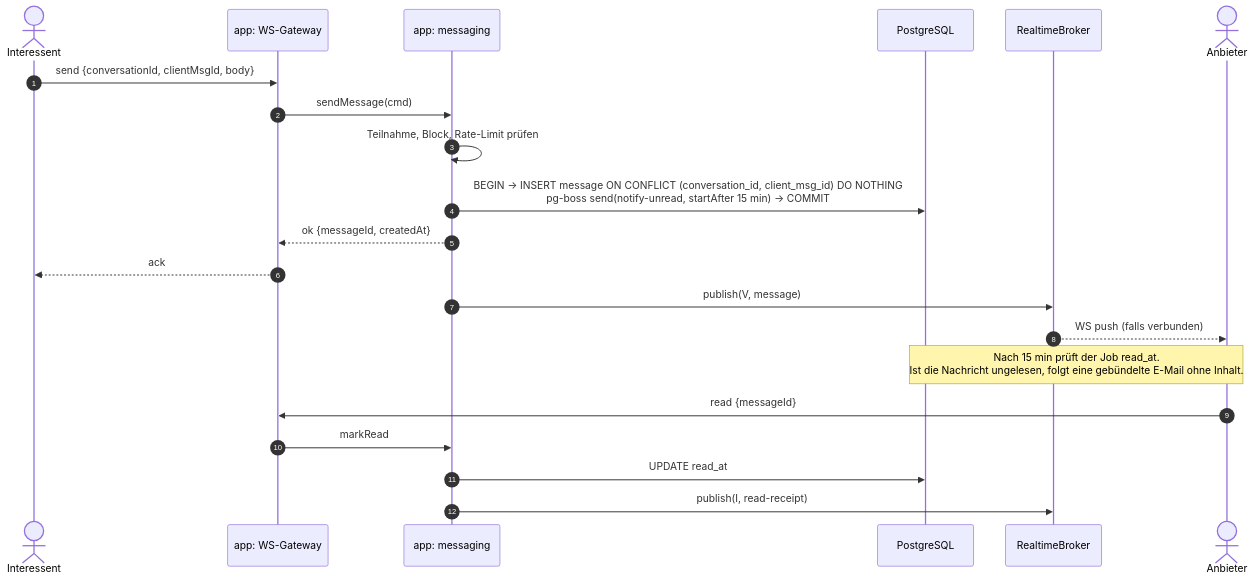
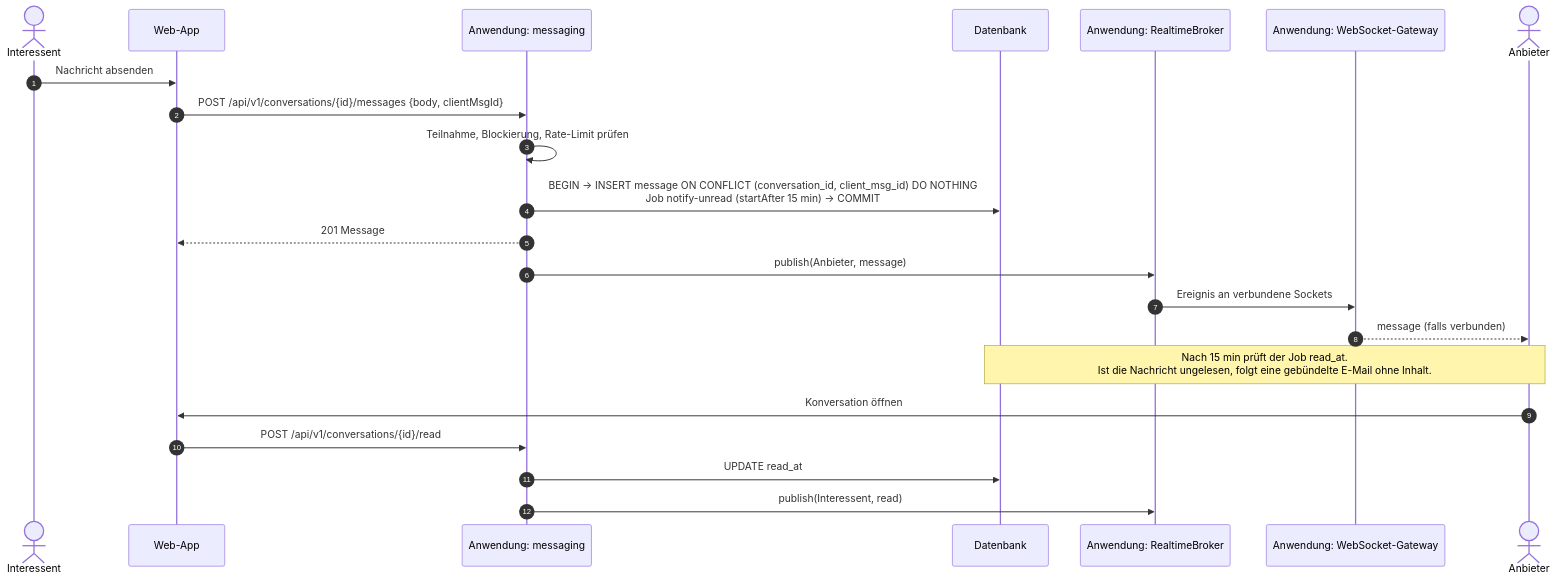
Before and after one commit to CaRo10Robert/SWeng_projekt2026: the ninth of 13 diagrams in docs/03-architektur/architektur.md, drawn with Mermaid. The commit also changed other lines of this file and 20 other files, not shown here.

````diff
--- a/docs/03-architektur/architektur.md
+++ b/docs/03-architektur/architektur.md
@@ -427,24 +568,25 @@
 ```mermaid
 sequenceDiagram
     autonumber
     actor I as Interessent
-    participant WS as app: WS-Gateway
-    participant MSG as app: messaging
-    participant DB as PostgreSQL
-    participant RB as RealtimeBroker
+    participant SPA as Web-App
+    participant MSG as Anwendung: messaging
+    participant DB as Datenbank
+    participant RB as Anwendung: RealtimeBroker
+    participant WS as Anwendung: WebSocket-Gateway
     actor V as Anbieter
 
-    I->>WS: send {conversationId, clientMsgId, body}
-    WS->>MSG: sendMessage(cmd)
-    MSG->>MSG: Teilnahme, Block, Rate-Limit prüfen
-    MSG->>DB: BEGIN → INSERT message ON CONFLICT (conversation_id, client_msg_id) DO NOTHING<br/>pg-boss send(notify-unread, startAfter 15 min) → COMMIT
-    MSG-->>WS: ok {messageId, createdAt}
-    WS-->>I: ack
-    MSG->>RB: publish(V, message)
-    RB-->>V: WS push (falls verbunden)
+    I->>SPA: Nachricht absenden
+    SPA->>MSG: POST /api/v1/conversations/{id}/messages {body, clientMsgId}
+    MSG->>MSG: Teilnahme, Blockierung, Rate-Limit prüfen
+    MSG->>DB: BEGIN → INSERT message ON CONFLICT (conversation_id, client_msg_id) DO NOTHING<br/>Job notify-unread (startAfter 15 min) → COMMIT
+    MSG-->>SPA: 201 Message
+    MSG->>RB: publish(Anbieter, message)
+    RB->>WS: Ereignis an verbundene Sockets
+    WS-->>V: message (falls verbunden)
     Note over V,DB: Nach 15 min prüft der Job read_at.<br/>Ist die Nachricht ungelesen, folgt eine gebündelte E-Mail ohne Inhalt.
-    V->>WS: read {messageId}
-    WS->>MSG: markRead
+    V->>SPA: Konversation öffnen
+    SPA->>MSG: POST /api/v1/conversations/{id}/read
     MSG->>DB: UPDATE read_at
-    MSG->>RB: publish(I, read-receipt)
+    MSG->>RB: publish(Interessent, read)
 ```
````
